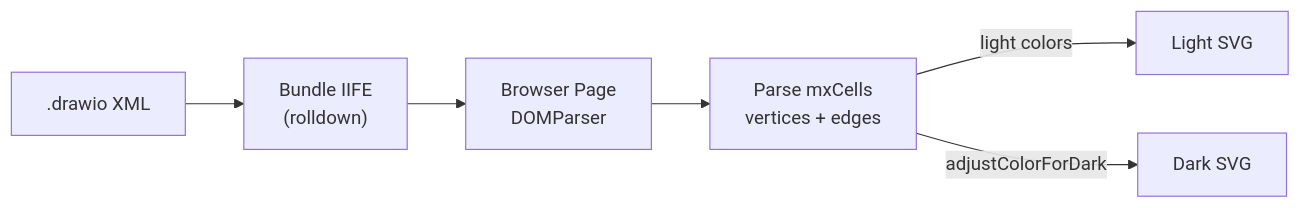
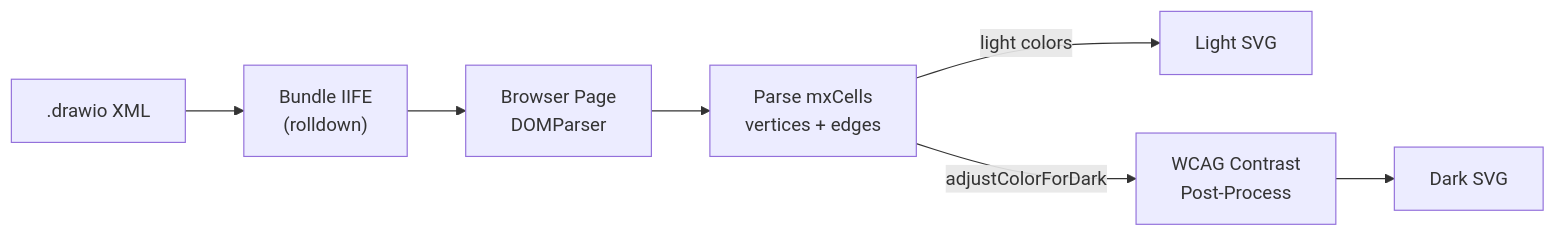
Before and after one commit to sujeet-pro/diagramkit: the diagram in docs/guide/diagrams/drawio/drawio-pipeline.mermaid, drawn with Mermaid. The commit also changed 32 other files, not shown here.

Commit message:
feat: inject SVG backgrounds for Mermaid diagrams, ship ai-guidelines exports

```diff
--- a/docs/guide/diagrams/drawio/drawio-pipeline.mermaid
+++ b/docs/guide/diagrams/drawio/drawio-pipeline.mermaid
@@ -1,6 +1,9 @@
+%% Diagram: Draw.io Rendering Pipeline
+%% Type: flowchart
 flowchart LR
-    A[".drawio XML"] --> B["Bundle IIFE<br/>(rolldown)"]
-    B --> C["Browser Page<br/>DOMParser"]
-    C --> D["Parse mxCells<br/>vertices + edges"]
-    D -->|light colors| E[Light SVG]
-    D -->|adjustColorForDark| F[Dark SVG]
+    source[".drawio XML"] --> bundle["Bundle IIFE<br/>(rolldown)"]
+    bundle --> browser_page["Browser Page<br/>DOMParser"]
+    browser_page --> parse_cells["Parse mxCells<br/>vertices + edges"]
+    parse_cells -->|light colors| light_svg[Light SVG]
+    parse_cells -->|adjustColorForDark| contrast[WCAG Contrast<br/>Post-Process]
+    contrast --> dark_svg[Dark SVG]
```
